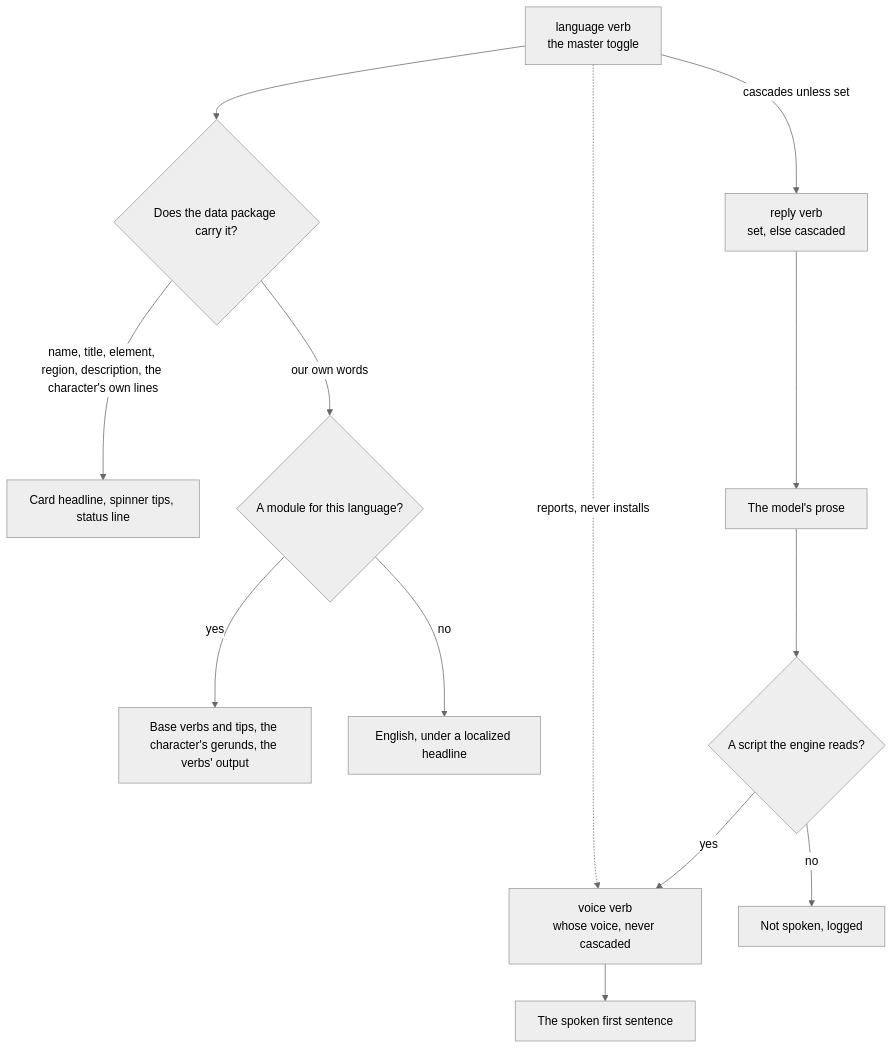
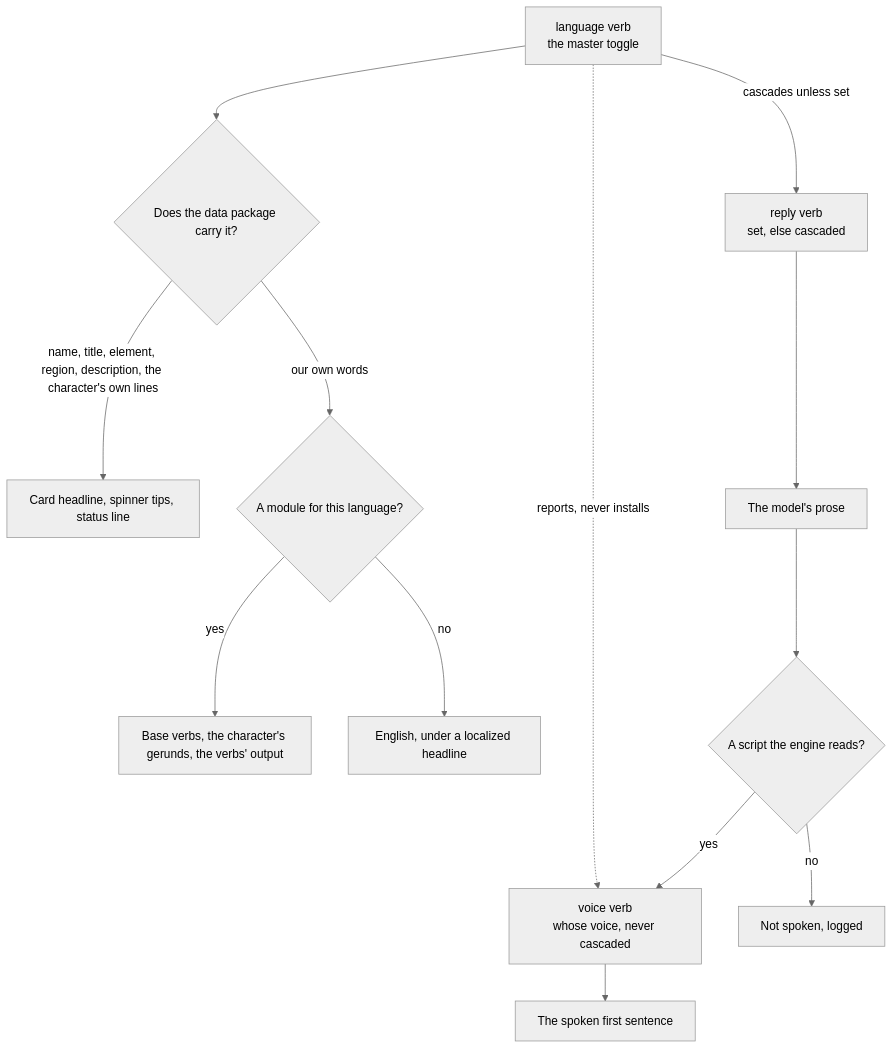
The fifth of 6 diagrams in apps/web/content/docs/infra/claude-interface/persona-plugin.md (Esposter/Esposter), drawn with Mermaid (neutral theme) before and after one commit. The commit also changed other lines of this file and 20 other files, not shown here.

First line of the commit message:
refactor(genshin-persona): the authored base tips go — a character with no lines shows their own one-line description, and the language modules keep verbs alone

````diff
--- a/apps/web/content/docs/infra/claude-interface/persona-plugin.md
+++ b/apps/web/content/docs/infra/claude-interface/persona-plugin.md
@@ -202,19 +202,19 @@
 ```mermaid
 flowchart TD
     Language["language verb<br/>the master toggle"]
     Reply["reply verb<br/>set, else cascaded"]
     Dub["voice verb<br/>whose voice, never cascaded"]
 
     Language -->|cascades unless set| Reply
     Language -.->|reports, never installs| Dub
     Language --> Data{"Does the data package carry it?"}
     Data -- "name, title, element, region, description, the character's own lines" --> Free["Card headline, spinner tips, status line"]
     Data -- "our own words" --> Module{"A module for this language?"}
-    Module -- yes --> Ours["Base verbs and tips, the character's gerunds, the verbs' output"]
+    Module -- yes --> Ours["Base verbs, the character's gerunds, the verbs' output"]
     Module -- no --> Fallback["English, under a localized headline"]
     Reply --> Prose["The model's prose"]
     Prose --> Script{"A script the engine reads?"}
     Script -- no --> Silent["Not spoken, logged"]
     Script -- yes --> Dub
     Dub --> Speech["The spoken first sentence"]
 ```
````
